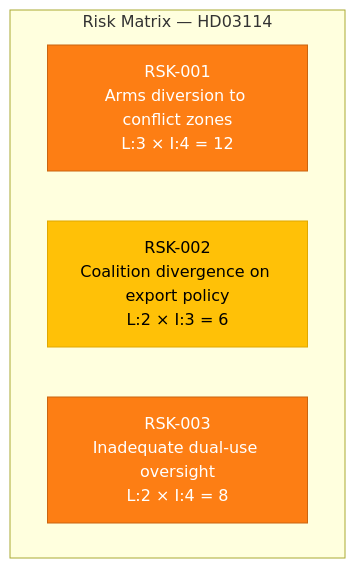
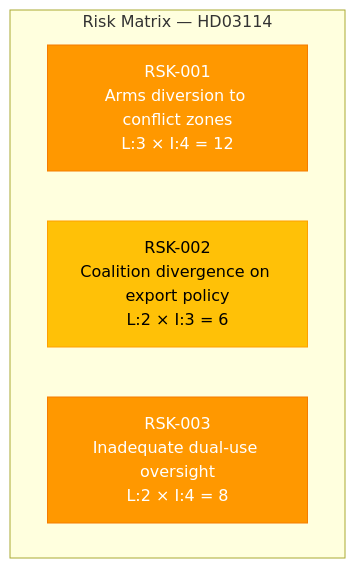
One commit to Hack23/riksdagsmonitor changed the second of 2 diagrams in analysis/daily/2026-04-07/realtime-1026/documents/hd03114-analysis.md. Above: the diagram before and after it, drawn with Mermaid. The commit also changed other lines of this file and 785 other files, not shown here.

First line of the commit message:
Normalize mermaid colors across 786 analysis artifacts to ISMS Style Guide palette

````diff
--- a/analysis/daily/2026-04-07/realtime-1026/documents/hd03114-analysis.md
+++ b/analysis/daily/2026-04-07/realtime-1026/documents/hd03114-analysis.md
@@ -92,12 +92,12 @@
 ```mermaid
 graph TD
     subgraph "Risk Matrix — HD03114"
         R1["RSK-001<br/>Arms diversion to conflict zones<br/>L:3 × I:4 = 12"]
         R2["RSK-002<br/>Coalition divergence on export policy<br/>L:2 × I:3 = 6"]
         R3["RSK-003<br/>Inadequate dual-use oversight<br/>L:2 × I:4 = 8"]
     end
 
-    style R1 fill:#fd7e14,stroke:#ca6510,color:#fff
-    style R2 fill:#ffc107,stroke:#e0a800,color:#000
-    style R3 fill:#fd7e14,stroke:#ca6510,color:#fff
+    style R1 fill:#FF9800,stroke:#F57C00,color:#FFFFFF
+    style R2 fill:#FFC107,stroke:#FFA000,color:#000000
+    style R3 fill:#FF9800,stroke:#F57C00,color:#FFFFFF
 ```
````
